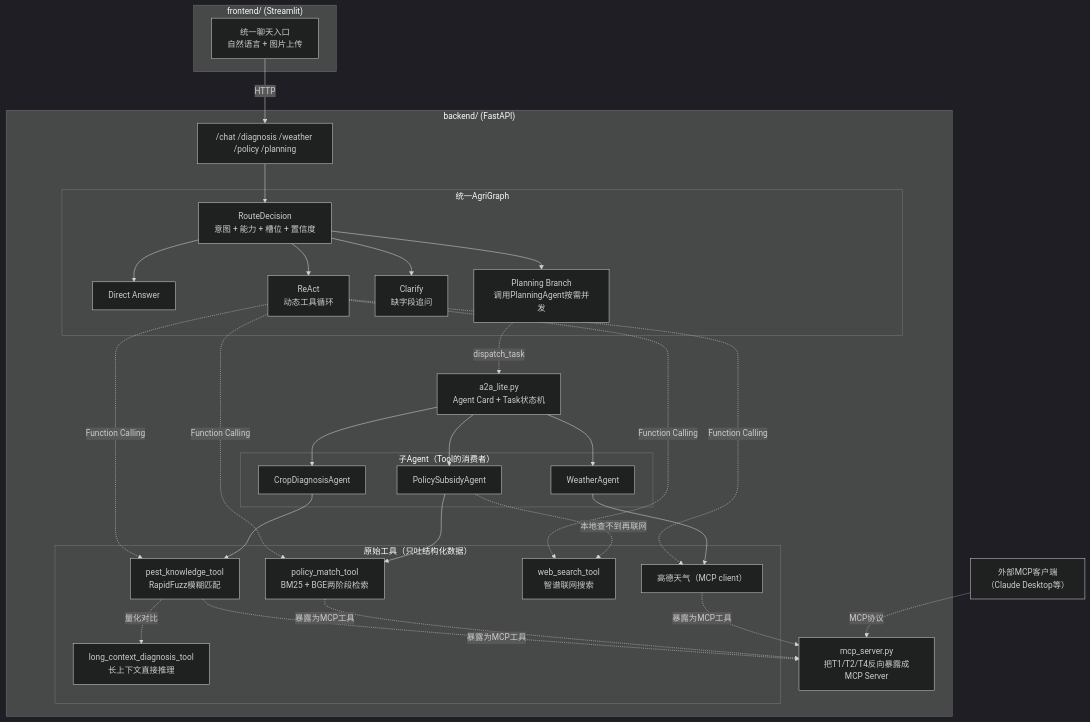
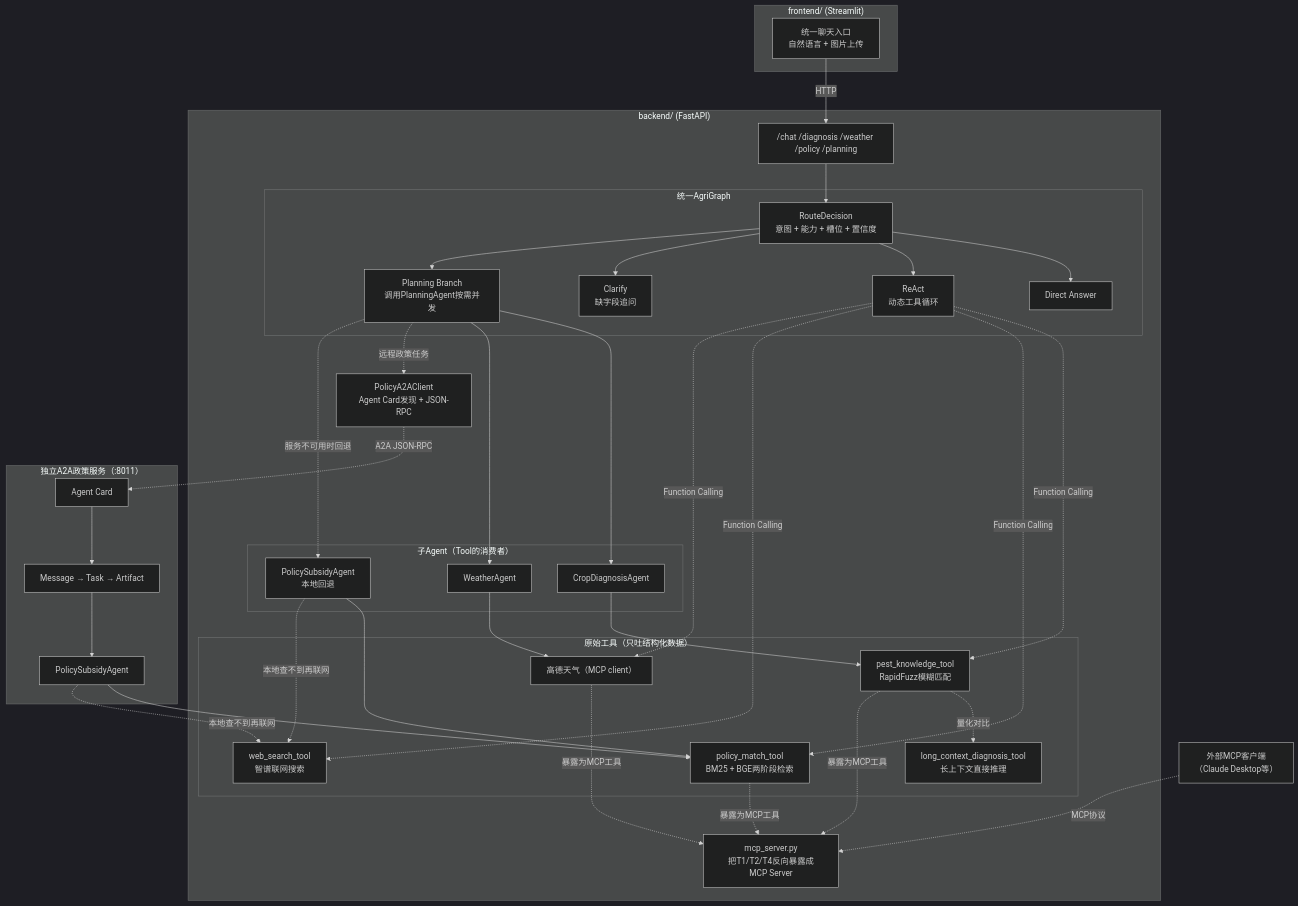
One commit to zmh2245749337/agri-agent changed the diagram in README.md. Above: the diagram before and after it, drawn with Mermaid (dark theme). The commit also changed other lines of this file and 14 other files, not shown here.

Commit message:
feat: add official A2A policy agent integration

````diff
--- a/README.md
+++ b/README.md
@@ -40,62 +40,72 @@
 ```mermaid
 graph TB
     subgraph FE["frontend/ (Streamlit)"]
         UI["统一聊天入口<br/>自然语言 + 图片上传"]
     end
 
     subgraph BE["backend/ (FastAPI)"]
         API["/chat /diagnosis /weather /policy /planning"]
 
         subgraph Graph["统一AgriGraph"]
             RT["RouteDecision<br/>意图 + 能力 + 槽位 + 置信度"]
             DR["Direct Answer"]
             RA["ReAct<br/>动态工具循环"]
             CL["Clarify<br/>缺字段追问"]
             PA["Planning Branch<br/>调用PlanningAgent按需并发"]
         end
 
-        A2A["a2a_lite.py<br/>Agent Card + Task状态机"]
+        A2AC["PolicyA2AClient<br/>Agent Card发现 + JSON-RPC"]
 
         subgraph SubAgents["子Agent（Tool的消费者）"]
             DA["CropDiagnosisAgent"]
             WA["WeatherAgent"]
-            POA["PolicySubsidyAgent"]
+            POA["PolicySubsidyAgent<br/>本地回退"]
         end
 
         subgraph Tools["原始工具（只吐结构化数据）"]
             T1["pest_knowledge_tool<br/>RapidFuzz模糊匹配"]
             T1B["long_context_diagnosis_tool<br/>长上下文直接推理"]
             T2["policy_match_tool<br/>BM25 + BGE两阶段检索"]
             T3["web_search_tool<br/>智谱联网搜索"]
             T4["高德天气（MCP client）"]
         end
 
         MCPS["mcp_server.py<br/>把T1/T2/T4反向暴露成MCP Server"]
     end
 
+    subgraph A2AS["独立A2A政策服务（:8011）"]
+        CARD["Agent Card"]
+        TASK["Message → Task → Artifact"]
+        RPOA["PolicySubsidyAgent"]
+        CARD --> TASK --> RPOA
+    end
+
     EXT["外部MCP客户端<br/>（Claude Desktop等）"]
 
     UI -->|HTTP| API
     API --> RT
     RT --> DR
     RT --> RA
     RT --> CL
     RT --> PA
-    PA -.dispatch_task.-> A2A
-    A2A --> DA
-    A2A --> WA
-    A2A --> POA
+    PA --> DA
+    PA --> WA
+    PA -.远程政策任务.-> A2AC
+    A2AC -.A2A JSON-RPC.-> CARD
+    PA -.服务不可用时回退.-> POA
     RA -.Function Calling.-> T1
     RA -.Function Calling.-> T2
     RA -.Function Calling.-> T3
     RA -.Function Calling.-> T4
     DA --> T1
     T1 -."量化对比".-> T1B
     WA --> T4
     POA --> T2
+    RPOA --> T2
     POA -."本地查不到"再联网.-> T3
+    RPOA -."本地查不到"再联网.-> T3
     T1 -.暴露为MCP工具.-> MCPS
     T2 -.暴露为MCP工具.-> MCPS
     T4 -.暴露为MCP工具.-> MCPS
     EXT -.MCP协议.-> MCPS
 ```
````
